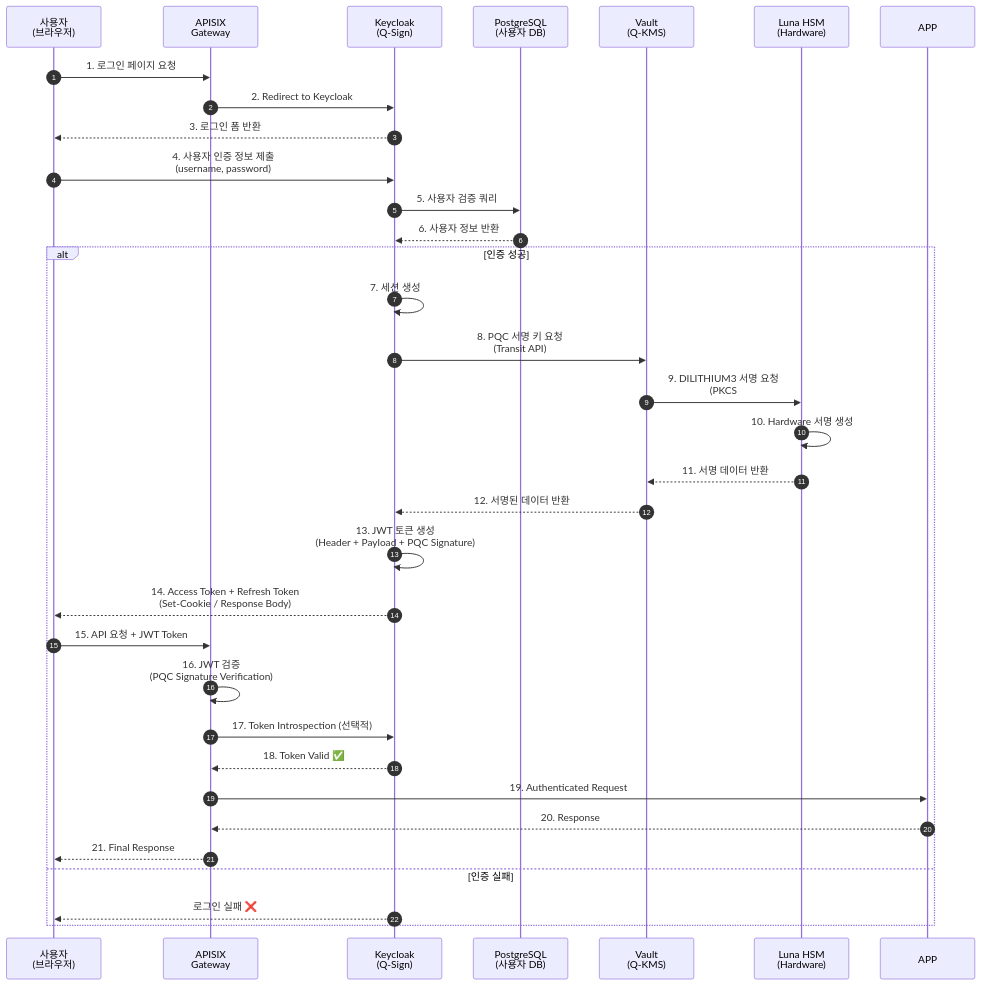
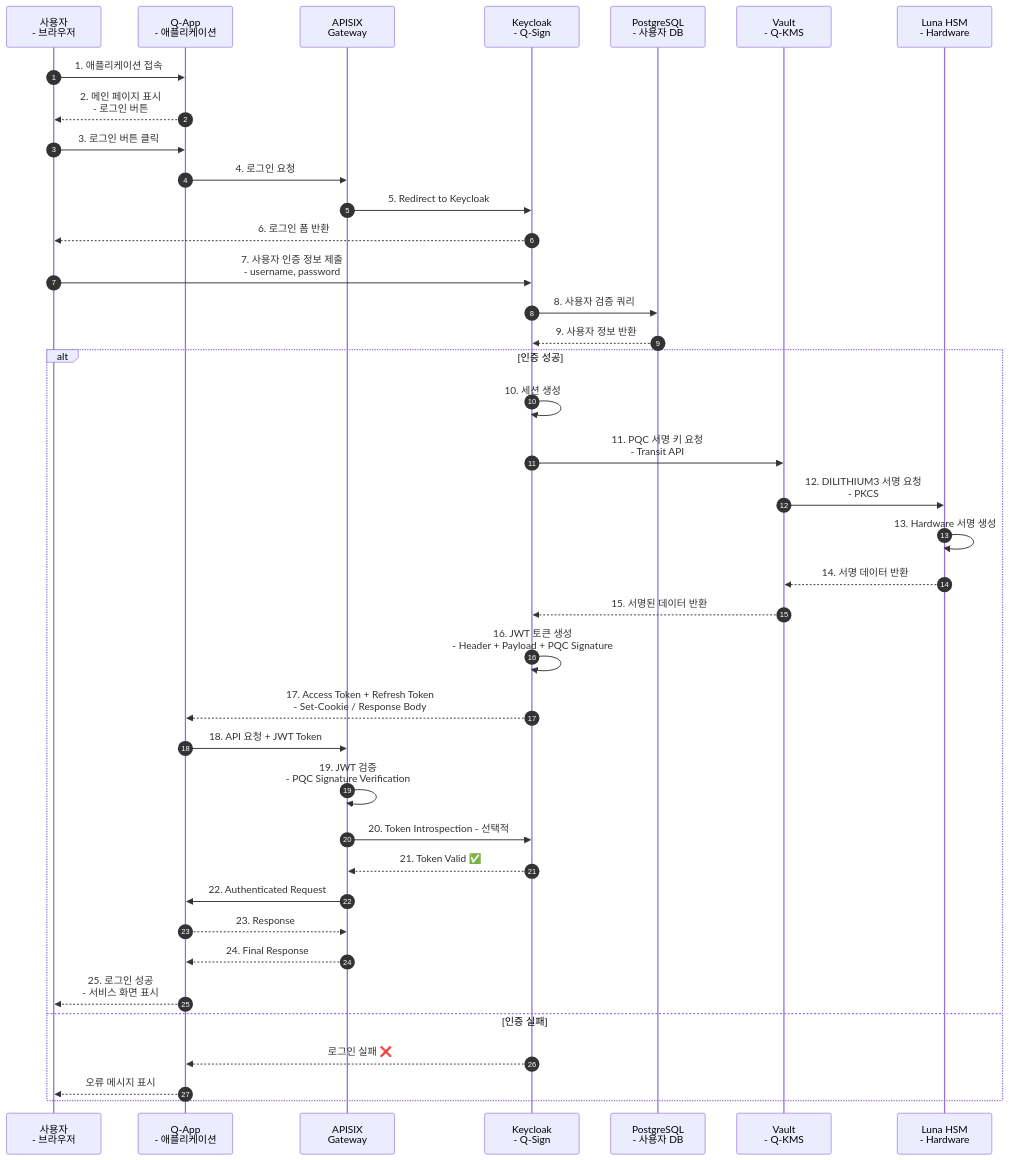
One commit to infeelchoi/q-docs changed the first of 16 diagrams in 01-architecture/DATA-FLOW.md. Above: the diagram before and after it, drawn with Mermaid. The commit also changed other lines of this file, not shown here.

Commit message:
🔄 DATA-FLOW.md 인증 플로우 순서 수정
올바른 애플리케이션 로그인 플로우로 순서 변경

변경 사항:
- Q-App participant 추가
- 올바른 순서: 사용자 -> App -> APISIX -> Keycloak
- 로그인 버튼 클릭 단계 추가
- 빈 코드 블록 제거
- 괄호 패턴 수정 (participant 정의)

수정된 플로우:
1. 사용자 -> 애플리케이션 접속
2. 애플리케이션 -> 로그인 버튼 표시
3. 사용자 -> 로그인 버튼 클릭
4. App -> APISIX Gateway -> Keycloak

🤖 Generated with Claude Code

````diff
--- a/01-architecture/DATA-FLOW.md
+++ b/01-architecture/DATA-FLOW.md
@@ -11,42 +11,49 @@
 ```mermaid
 sequenceDiagram
     autonumber
-    participant U as 사용자<br/>(브라우저)
+    participant U as 사용자<br/>- 브라우저
+    participant APP as Q-App<br/>- 애플리케이션
     participant GW as APISIX<br/>Gateway
-    participant KC as Keycloak<br/>(Q-Sign)
-    participant DB as PostgreSQL<br/>(사용자 DB)
-    participant V as Vault<br/>(Q-KMS)
-    participant HSM as Luna HSM<br/>(Hardware)
+    participant KC as Keycloak<br/>- Q-Sign
+    participant DB as PostgreSQL<br/>- 사용자 DB
+    participant V as Vault<br/>- Q-KMS
+    participant HSM as Luna HSM<br/>- Hardware
 
-    U->>GW: 1. 로그인 페이지 요청
-    GW->>KC: 2. Redirect to Keycloak
-    KC-->>U: 3. 로그인 폼 반환
+    U->>APP: 1. 애플리케이션 접속
+    APP-->>U: 2. 메인 페이지 표시<br/>- 로그인 버튼
 
-    U->>KC: 4. 사용자 인증 정보 제출<br/>(username, password)
-    KC->>DB: 5. 사용자 검증 쿼리
-    DB-->>KC: 6. 사용자 정보 반환
+    U->>APP: 3. 로그인 버튼 클릭
+    APP->>GW: 4. 로그인 요청
+    GW->>KC: 5. Redirect to Keycloak
+    KC-->>U: 6. 로그인 폼 반환
+
+    U->>KC: 7. 사용자 인증 정보 제출<br/>- username, password
+    KC->>DB: 8. 사용자 검증 쿼리
+    DB-->>KC: 9. 사용자 정보 반환
 
     alt 인증 성공
-        KC->>KC: 7. 세션 생성
-        KC->>V: 8. PQC 서명 키 요청<br/>(Transit API)
-        V->>HSM: 9. DILITHIUM3 서명 요청<br/>(PKCS#11)
-        HSM->>HSM: 10. Hardware 서명 생성
-        HSM-->>V: 11. 서명 데이터 반환
-        V-->>KC: 12. 서명된 데이터 반환
+        KC->>KC: 10. 세션 생성
+        KC->>V: 11. PQC 서명 키 요청<br/>- Transit API
+        V->>HSM: 12. DILITHIUM3 서명 요청<br/>- PKCS#11
+        HSM->>HSM: 13. Hardware 서명 생성
+        HSM-->>V: 14. 서명 데이터 반환
+        V-->>KC: 15. 서명된 데이터 반환
 
-        KC->>KC: 13. JWT 토큰 생성<br/>(Header + Payload + PQC Signature)
-        KC-->>U: 14. Access Token + Refresh Token<br/>(Set-Cookie / Response Body)
+        KC->>KC: 16. JWT 토큰 생성<br/>- Header + Payload + PQC Signature
+        KC-->>APP: 17. Access Token + Refresh Token<br/>- Set-Cookie / Response Body
 
-        U->>GW: 15. API 요청 + JWT Token
-        GW->>GW: 16. JWT 검증<br/>(PQC Signature Verification)
-        GW->>KC: 17. Token Introspection (선택적)
-        KC-->>GW: 18. Token Valid ✅
+        APP->>GW: 18. API 요청 + JWT Token
+        GW->>GW: 19. JWT 검증<br/>- PQC Signature Verification
+        GW->>KC: 20. Token Introspection - 선택적
+        KC-->>GW: 21. Token Valid ✅
 
-        GW->>APP: 19. Authenticated Request
-        APP-->>GW: 20. Response
-        GW-->>U: 21. Final Response
+        GW->>APP: 22. Authenticated Request
+        APP-->>GW: 23. Response
+        GW-->>APP: 24. Final Response
+        APP-->>U: 25. 로그인 성공<br/>- 서비스 화면 표시
     else 인증 실패
-        KC-->>U: 로그인 실패 ❌
+        KC-->>APP: 로그인 실패 ❌
+        APP-->>U: 오류 메시지 표시
     end
 
 ```
````
